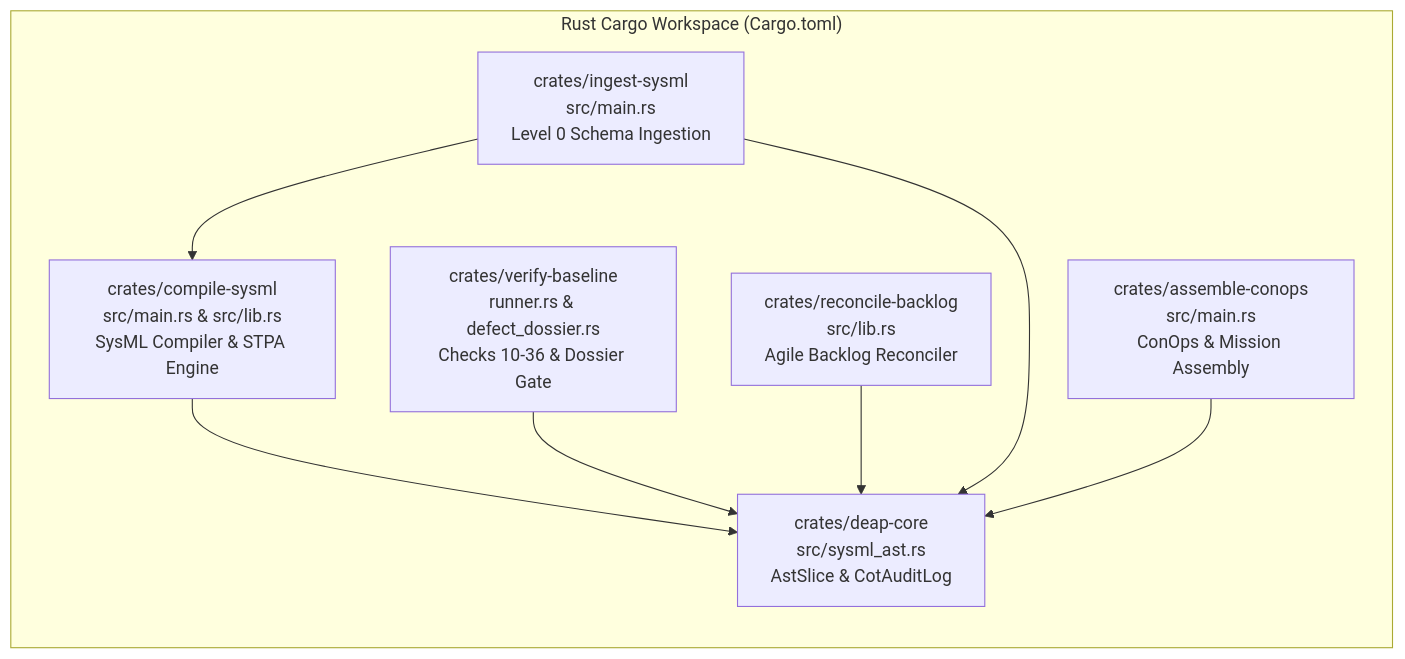
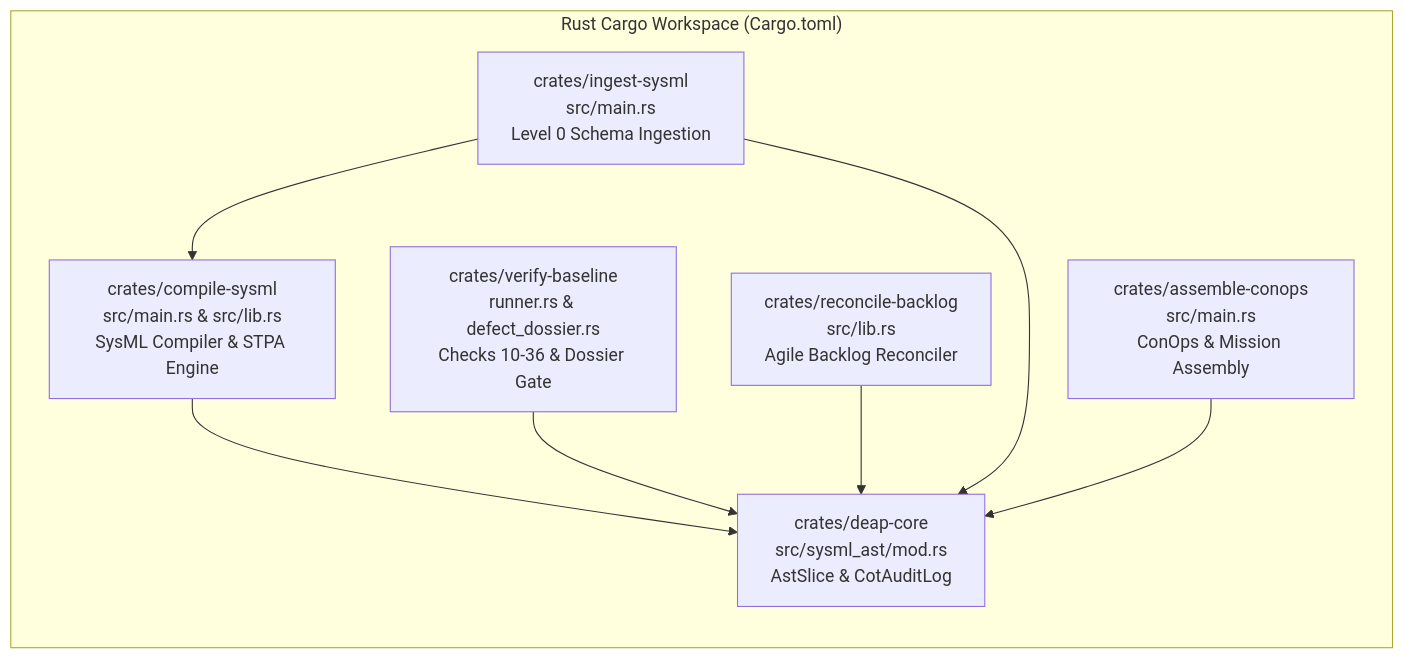
One commit to gintatkinson/DEAP01-spec-core changed the third of 4 diagrams in docs/architecture/blueprints/DEAP_DEEPSEEK_HARNESS_INTEGRATION_BLUEPRINT.md. Above: the diagram before and after it, drawn with Mermaid. The commit also changed other lines of this file and 16 other files, not shown here.

Commit message:
refactor(deap-core): initialize sysml_ast module directory and extract identifiers

````diff
--- a/docs/architecture/blueprints/DEAP_DEEPSEEK_HARNESS_INTEGRATION_BLUEPRINT.md
+++ b/docs/architecture/blueprints/DEAP_DEEPSEEK_HARNESS_INTEGRATION_BLUEPRINT.md
@@ -141,19 +141,19 @@
 ```mermaid
 flowchart TD
     subgraph CargoWorkspaceTree["Rust Cargo Workspace (Cargo.toml)"]
         direction TB
         compile_sysml["crates/compile-sysml<br/>src/main.rs & src/lib.rs<br/>SysML Compiler & STPA Engine"]
         verify_baseline["crates/verify-baseline<br/>runner.rs & defect_dossier.rs<br/>Checks 10-36 & Dossier Gate"]
         reconcile_backlog["crates/reconcile-backlog<br/>src/lib.rs<br/>Agile Backlog Reconciler"]
         ingest_sysml["crates/ingest-sysml<br/>src/main.rs<br/>Level 0 Schema Ingestion"]
         assemble_conops["crates/assemble-conops<br/>src/main.rs<br/>ConOps & Mission Assembly"]
-        deap_core["crates/deap-core<br/>src/sysml_ast.rs<br/>AstSlice & CotAuditLog"]
+        deap_core["crates/deap-core<br/>src/sysml_ast/mod.rs<br/>AstSlice & CotAuditLog"]
     end
 
     compile_sysml --> deap_core
     verify_baseline --> deap_core
     reconcile_backlog --> deap_core
     ingest_sysml --> compile_sysml
     ingest_sysml --> deap_core
     assemble_conops --> deap_core
 ```
````
